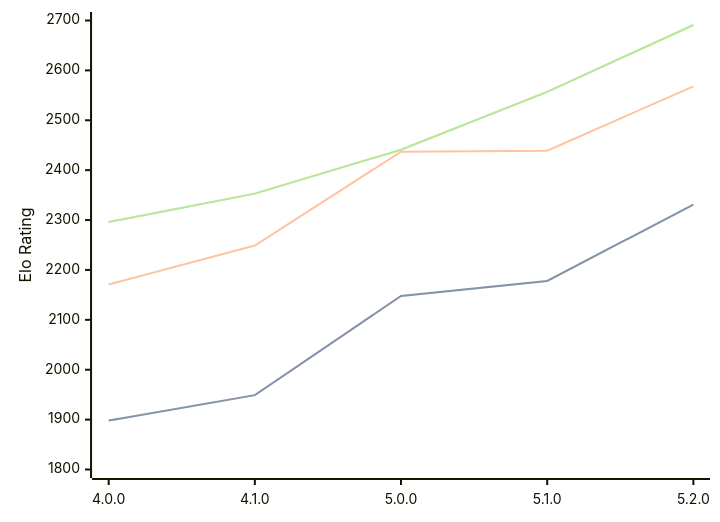
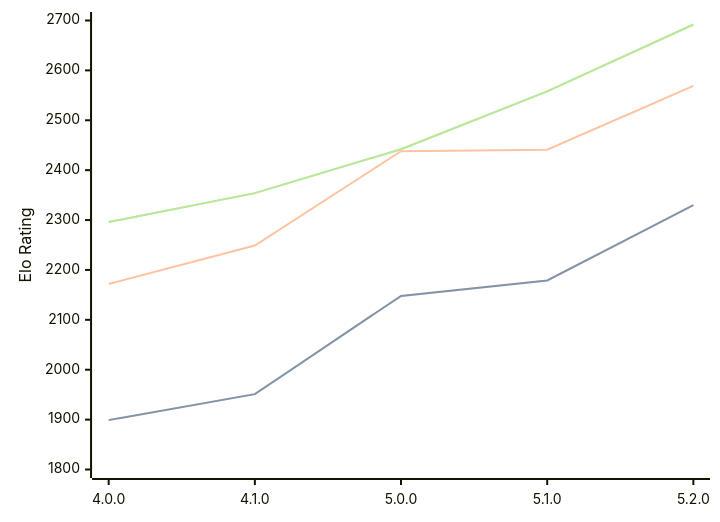
The diagram in engines/Aconcagua.md (computer-chess-index/cci), drawn with Mermaid before and after one commit. The commit also changed other lines of this file, not shown here.

Commit message:
Update CCI Ratings (ELO VLTC) - 2026-07-24

````diff
--- a/engines/Aconcagua.md
+++ b/engines/Aconcagua.md
@@ -44,11 +44,11 @@
 ```mermaid
 %%{init: {"theme":"base","themeVariables":{"seriesColors:['#a3a3a3','#222221','#faa371']}}}%%
 xychart-beta
   x-axis ["4.0.0", "4.1.0", "5.0.0", "5.1.0", "5.2.0"]
   y-axis "Elo Rating" 1800 --> 2700
-  line "STC (8.0+0.08s)" [1898, 1949, 2148, 2178, 2331]
-  line "STC (8.0+0.08s)" [1898, 1949, 2148, 2178, 2331]
-  line "LTC (60.0+0.60s)" [2171, 2249, 2437, 2439, 2568]
-  line "VLTC (2m24s+1.12s)" [2296, 2353, 2441, 2557, 2691]
-  line "VLTC (2m24s+1.12s)" [2296, 2353, 2441, 2557, 2691]
+  line "STC (8.0+0.08s)" [1899, 1951, 2148, 2179, 2330]
+  line "STC (8.0+0.08s)" [1899, 1951, 2148, 2179, 2330]
+  line "LTC (60.0+0.60s)" [2172, 2249, 2438, 2441, 2569]
+  line "VLTC (2m24s+1.12s)" [2296, 2354, 2442, 2558, 2692]
+  line "VLTC (2m24s+1.12s)" [2296, 2354, 2442, 2558, 2692]
 ```
````
